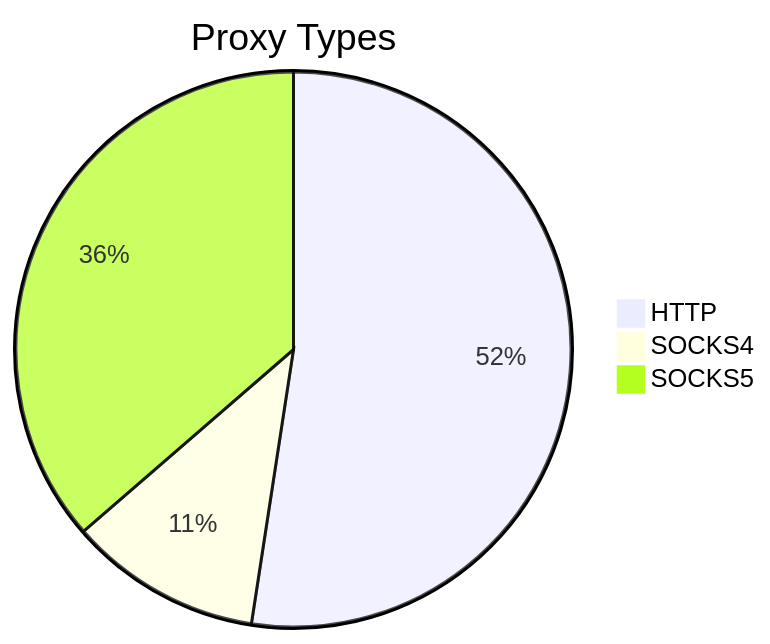
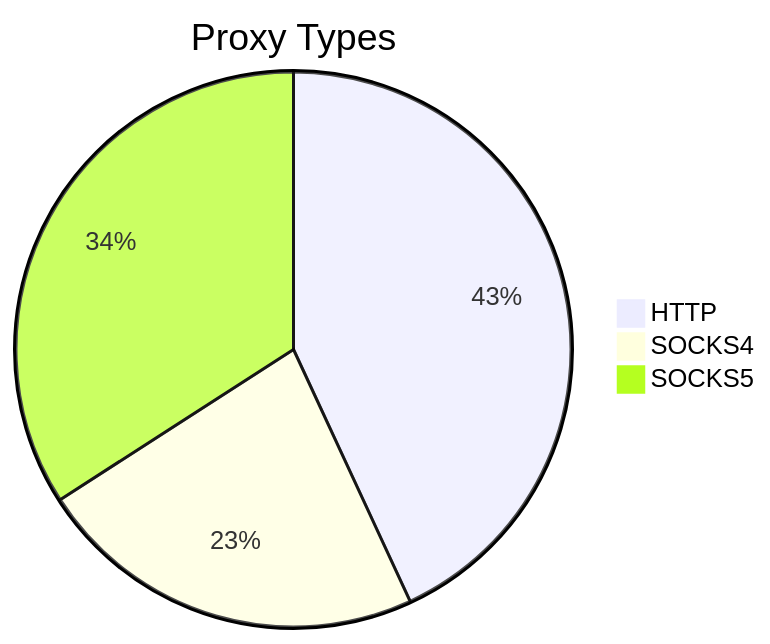
Before and after one commit to stormsia/proxy-list: the first of 2 diagrams in README.md, drawn with Mermaid. The commit also changed other lines of this file, not shown here.

````diff
--- a/README.md
+++ b/README.md
@@ -21,6 +21,6 @@
 ```mermaid
 pie title Proxy Types
-    "HTTP" : 173
-    "SOCKS4" : 37
-    "SOCKS5" : 120
+    "HTTP" : 206
+    "SOCKS4" : 109
+    "SOCKS5" : 163
 ```
````
